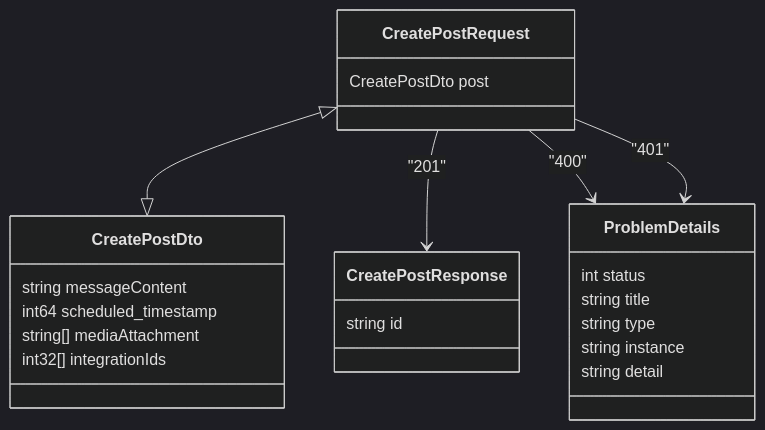
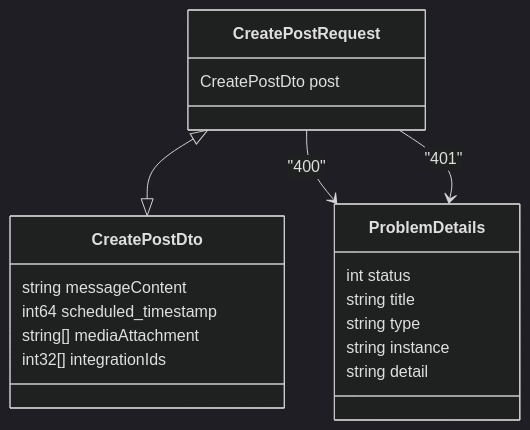
One commit to JKMN-Projects/ripple_sync_backend changed the diagram in documentation/json_contracts/post_contracts/create_post.md. Above: the diagram before and after it, drawn with Mermaid (dark theme).

Commit message:
Removed CreatePostResponse entirely

````diff
--- a/documentation/json_contracts/post_contracts/create_post.md
+++ b/documentation/json_contracts/post_contracts/create_post.md
@@ -3,30 +3,25 @@
 ``` mermaid
 classDiagram
     class CreatePostRequest {
         CreatePostDto post
-    }
-
-    class CreatePostResponse {
-        string id
     }
 
     class CreatePostDto {
         string messageContent
         int64 scheduled_timestamp
         string[] mediaAttachment
         int32[] integrationIds
     }
 
     class ProblemDetails {
         int status
         string title
         string type
         string instance
         string detail
     }
 
     CreatePostRequest <|--|> CreatePostDto
-    CreatePostRequest --> CreatePostResponse : "201"
     CreatePostRequest --> ProblemDetails : "400"
     CreatePostRequest --> ProblemDetails : "401"
 ```
````
